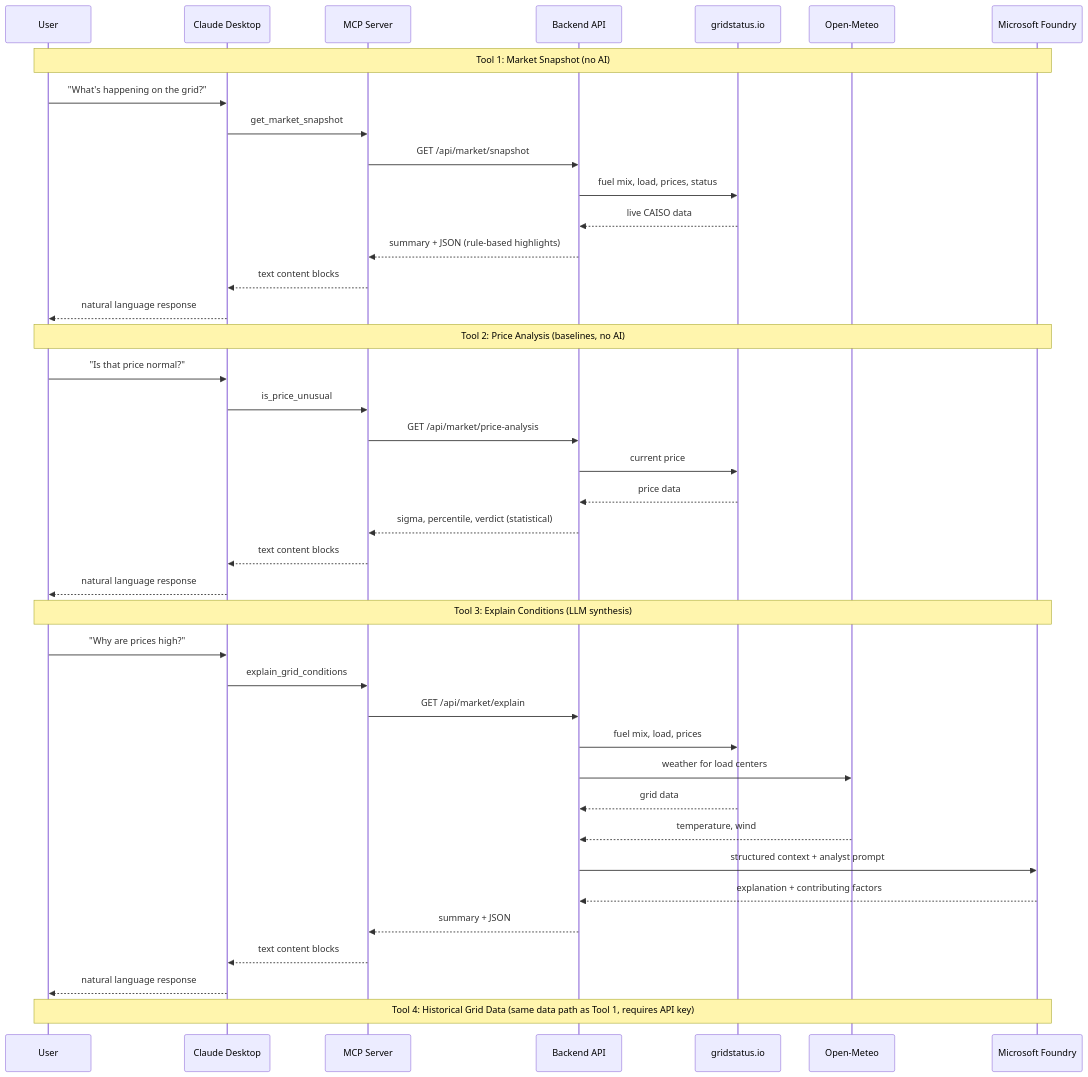
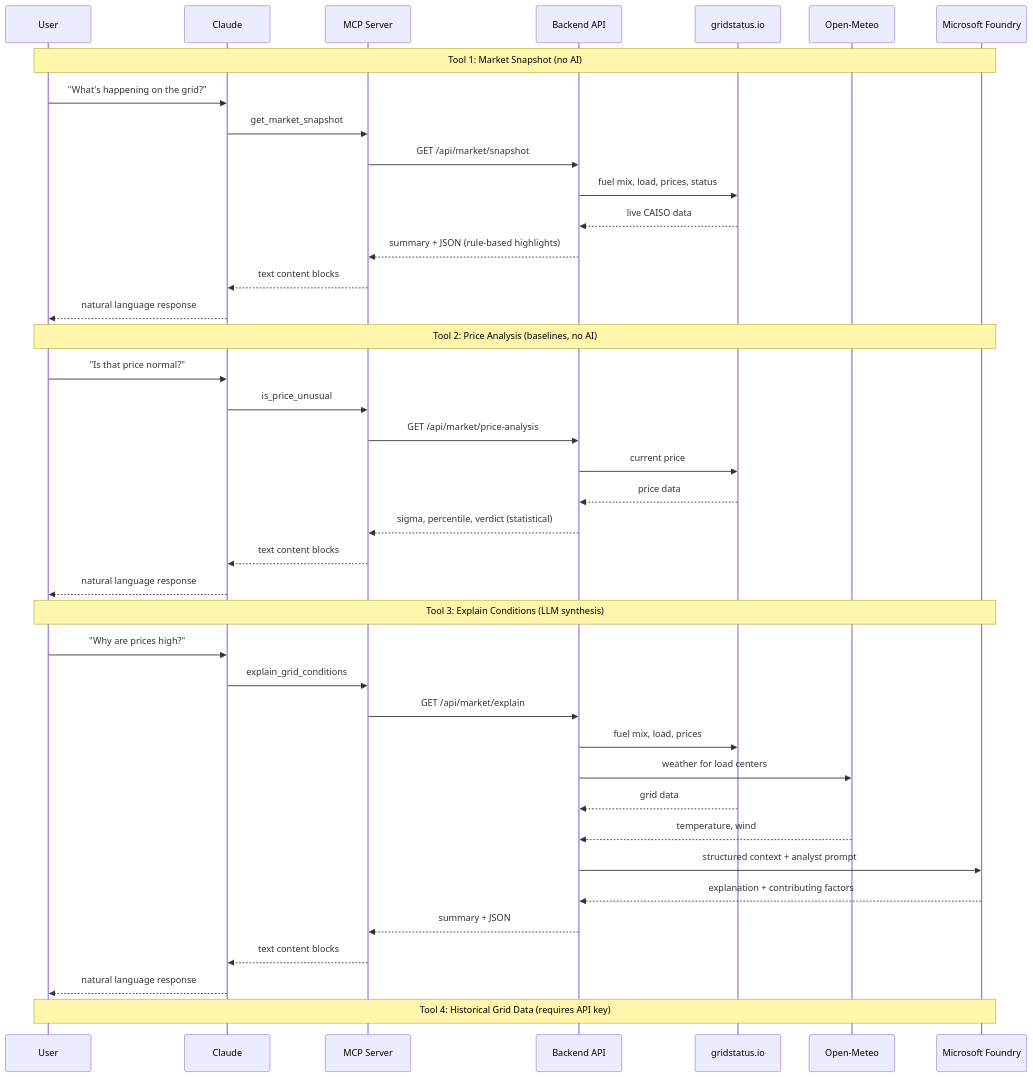
One commit to fbomb111/gridstatus-mcp-demo changed the diagram in README.md. Above: the diagram before and after it, drawn with Mermaid. The commit also changed other lines of this file and 14 other files, not shown here.

````diff
--- a/README.md
+++ b/README.md
@@ -19,46 +68,46 @@
 ```mermaid
 sequenceDiagram
     participant User
-    participant Claude as Claude Desktop
+    participant Claude as Claude
     participant MCP as MCP Server
     participant API as Backend API
     participant GS as gridstatus.io
     participant WX as Open-Meteo
     participant LLM as Microsoft Foundry
 
     Note over User,LLM: Tool 1: Market Snapshot (no AI)
     User->>Claude: "What's happening on the grid?"
     Claude->>MCP: get_market_snapshot
     MCP->>API: GET /api/market/snapshot
     API->>GS: fuel mix, load, prices, status
     GS-->>API: live CAISO data
     API-->>MCP: summary + JSON (rule-based highlights)
     MCP-->>Claude: text content blocks
     Claude-->>User: natural language response
 
     Note over User,LLM: Tool 2: Price Analysis (baselines, no AI)
     User->>Claude: "Is that price normal?"
     Claude->>MCP: is_price_unusual
     MCP->>API: GET /api/market/price-analysis
     API->>GS: current price
     GS-->>API: price data
     API-->>MCP: sigma, percentile, verdict (statistical)
     MCP-->>Claude: text content blocks
     Claude-->>User: natural language response
 
     Note over User,LLM: Tool 3: Explain Conditions (LLM synthesis)
     User->>Claude: "Why are prices high?"
     Claude->>MCP: explain_grid_conditions
     MCP->>API: GET /api/market/explain
     API->>GS: fuel mix, load, prices
     API->>WX: weather for load centers
     GS-->>API: grid data
     WX-->>API: temperature, wind
     API->>LLM: structured context + analyst prompt
     LLM-->>API: explanation + contributing factors
     API-->>MCP: summary + JSON
     MCP-->>Claude: text content blocks
     Claude-->>User: natural language response
 
-    Note over User,LLM: Tool 4: Historical Grid Data (same data path as Tool 1, requires API key)
+    Note over User,LLM: Tool 4: Historical Grid Data (requires API key)
 ```
````
